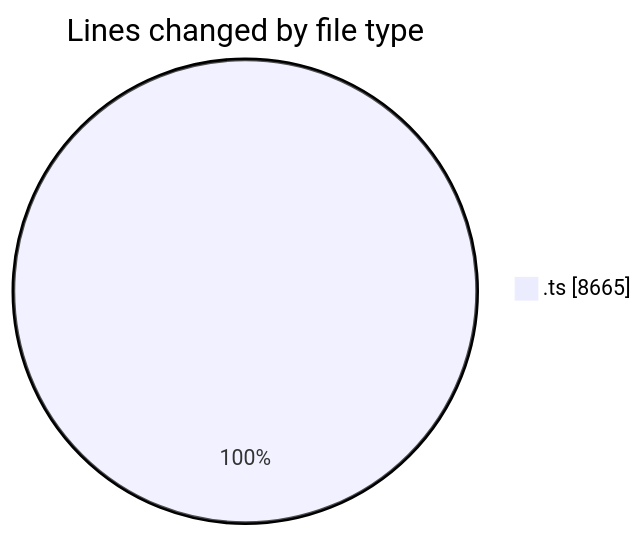
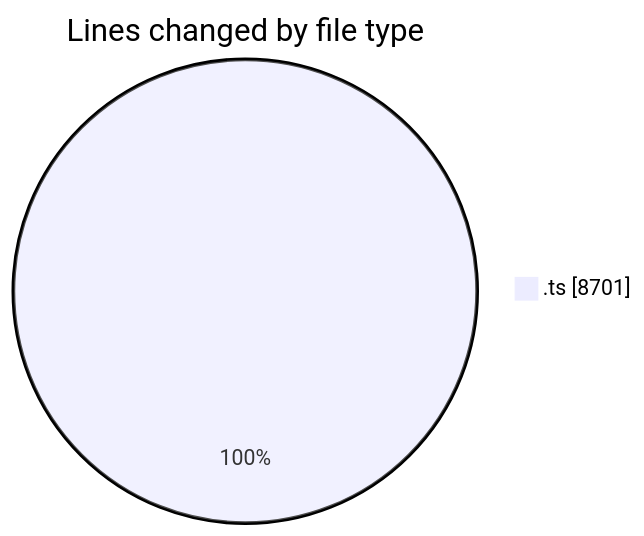
Before and after one commit to momahboobian/code-tracking: the first of 2 diagrams in 2025-10-23/cda/README.md, drawn with Mermaid. The commit also changed other lines of this file and 1 other file, not shown here.

````diff
--- a/2025-10-23/cda/README.md
+++ b/2025-10-23/cda/README.md
@@ -26,5 +26,5 @@
 ```mermaid
 pie showData
 title Lines changed by file type
-".ts" : 8665
+".ts" : 8701
 ```
````
